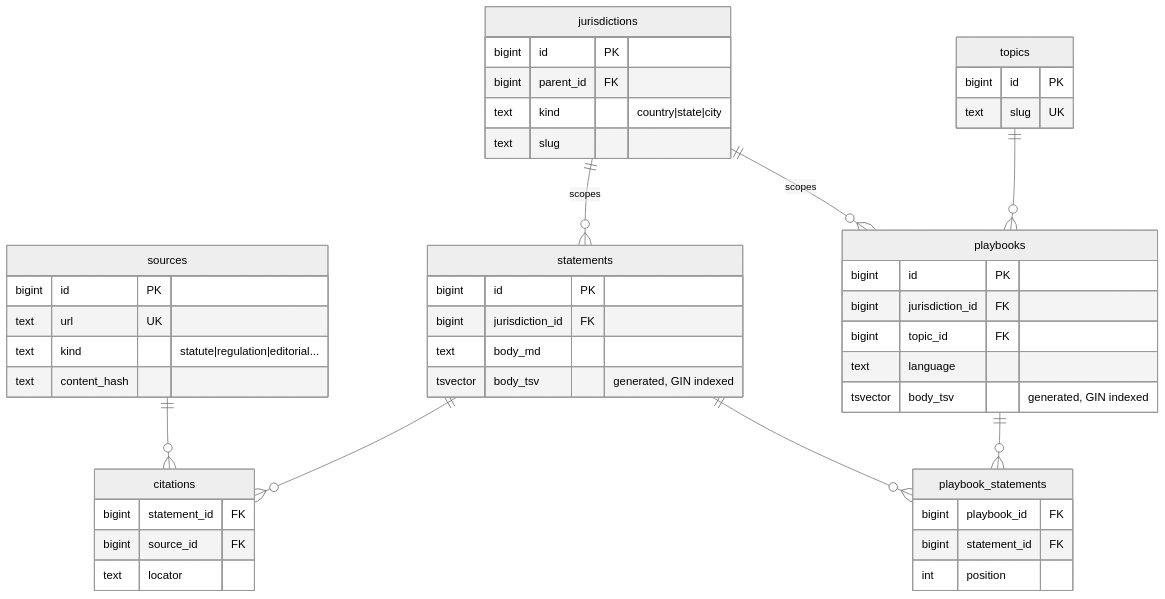
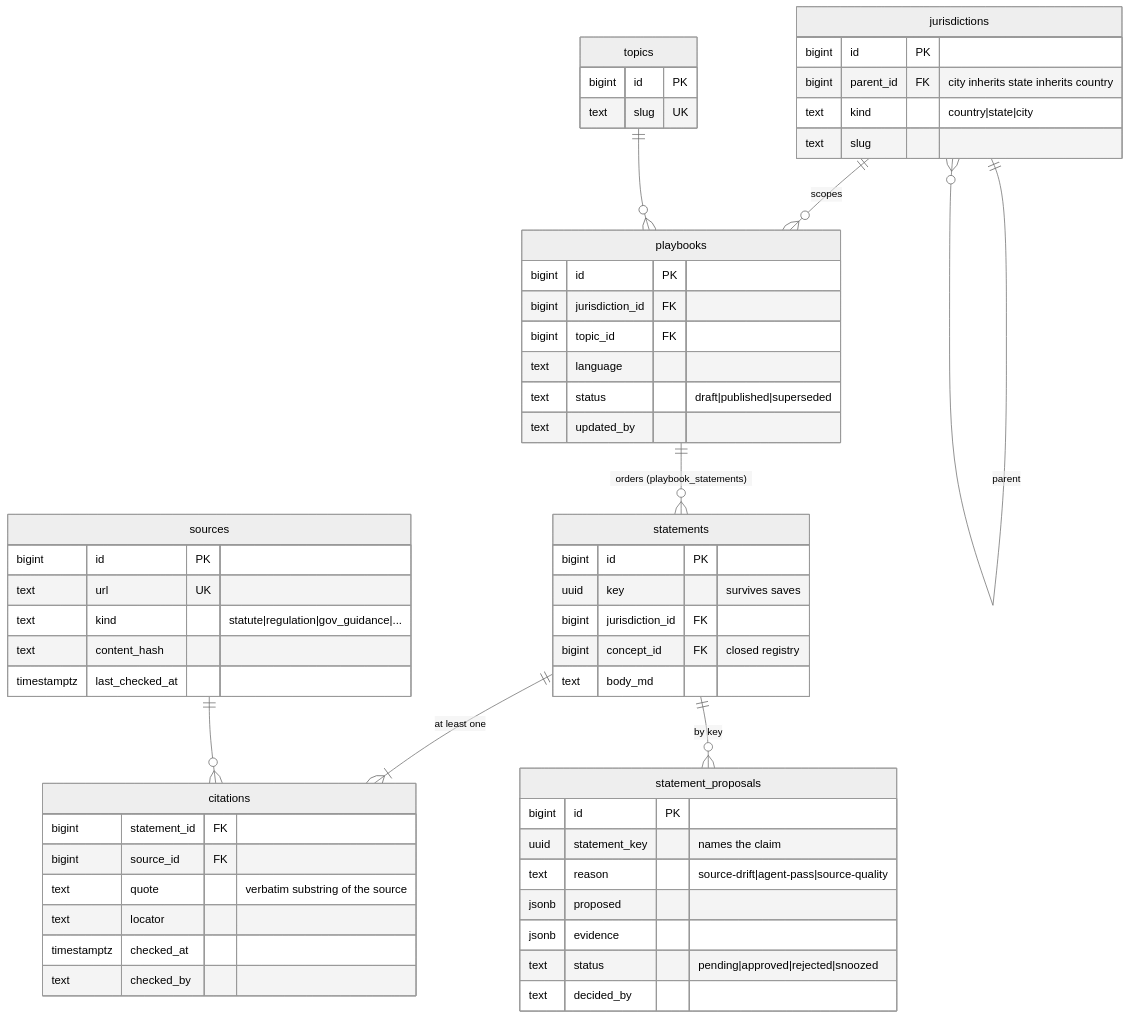
One commit to nazanindev/defensiverenting changed the second of 2 diagrams in README.md. Above: the diagram before and after it, drawn with Mermaid (neutral theme). The commit also changed other lines of this file, not shown here.

````diff
--- a/README.md
+++ b/README.md
@@ -44,50 +68,60 @@
 ```mermaid
 erDiagram
     jurisdictions {
         bigint id PK
-        bigint parent_id FK
+        bigint parent_id FK "city inherits state inherits country"
         text kind "country|state|city"
         text slug
-    }
-    sources {
-        bigint id PK
-        text url UK
-        text kind "statute|regulation|editorial..."
-        text content_hash
-    }
-    statements {
-        bigint id PK
-        bigint jurisdiction_id FK
-        text body_md
-        tsvector body_tsv "generated, GIN indexed"
-    }
-    citations {
-        bigint statement_id FK
-        bigint source_id FK
-        text locator
     }
     topics {
         bigint id PK
         text slug UK
     }
     playbooks {
         bigint id PK
         bigint jurisdiction_id FK
         bigint topic_id FK
         text language
-        tsvector body_tsv "generated, GIN indexed"
+        text status "draft|published|superseded"
+        text updated_by
     }
-    playbook_statements {
-        bigint playbook_id FK
+    statements {
+        bigint id PK
+        uuid key "survives saves"
+        bigint jurisdiction_id FK
+        bigint concept_id FK "closed registry"
+        text body_md
+    }
+    citations {
         bigint statement_id FK
-        int position
+        bigint source_id FK
+        text quote "verbatim substring of the source"
+        text locator
+        timestamptz checked_at
+        text checked_by
+    }
+    sources {
+        bigint id PK
+        text url UK
+        text kind "statute|regulation|gov_guidance|..."
+        text content_hash
+        timestamptz last_checked_at
+    }
+    statement_proposals {
+        bigint id PK
+        uuid statement_key "names the claim"
+        text reason "source-drift|agent-pass|source-quality"
+        jsonb proposed
+        jsonb evidence
+        text status "pending|approved|rejected|snoozed"
+        text decided_by
     }
 
-    jurisdictions ||--o{ statements : "scopes"
+    jurisdictions ||--o{ jurisdictions : "parent"
     jurisdictions ||--o{ playbooks : "scopes"
+    topics ||--o{ playbooks : ""
+    playbooks ||--o{ statements : "orders (playbook_statements)"
+    statements ||--|{ citations : "at least one"
     sources ||--o{ citations : ""
-    statements ||--o{ citations : ""
-    statements ||--o{ playbook_statements : ""
-    playbooks ||--o{ playbook_statements : ""
-    topics ||--o{ playbooks : ""
+    statements ||--o{ statement_proposals : "by key"
 ```
````
